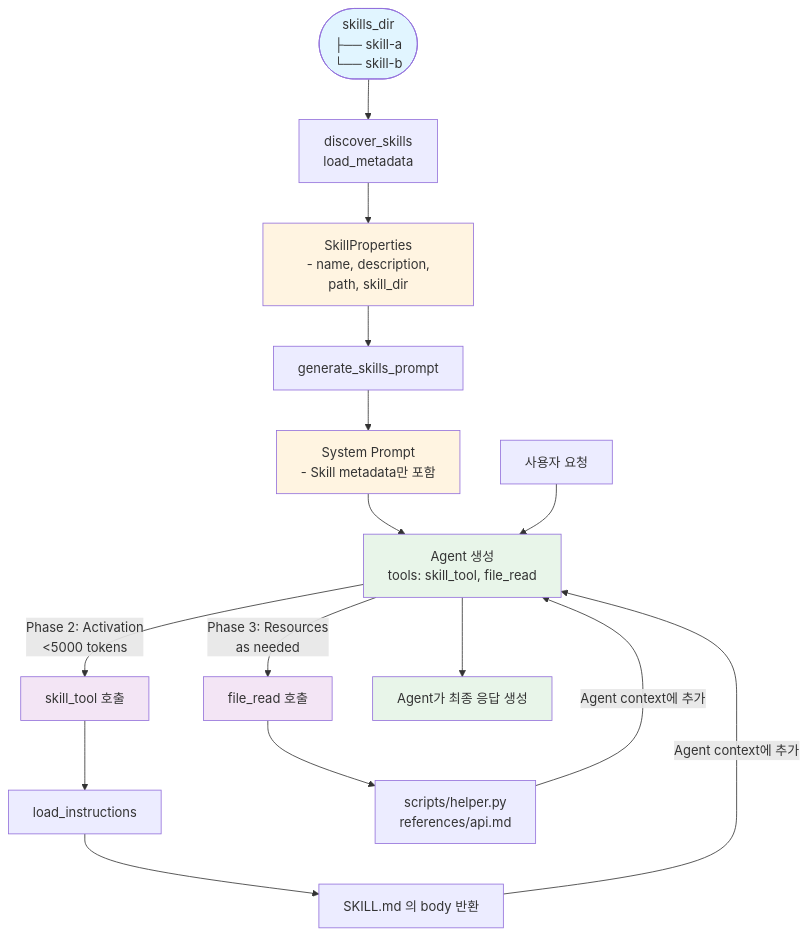
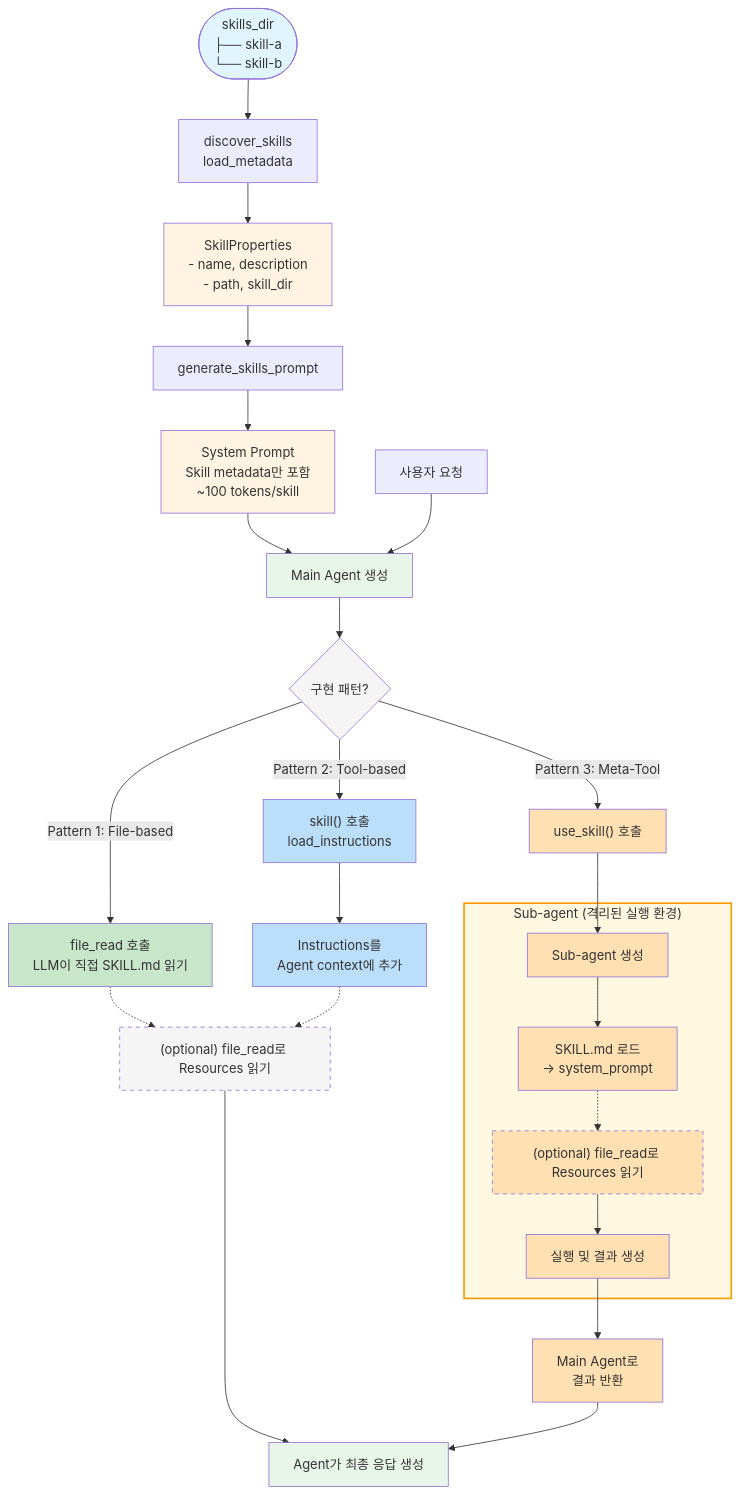
The second of 2 diagrams in README.md (hi-space/strands-agentskills), drawn with Mermaid before and after one commit. The commit also changed other lines of this file and 3 other files, not shown here.

````diff
--- a/README.md
+++ b/README.md
@@ -155,31 +136,56 @@
 ```mermaid
 flowchart TD
     Start([skills_dir<br/>├── skill-a<br/>└── skill-b]) --> Discover[discover_skills<br/>load_metadata]
-    Discover --> Props["SkillProperties<br/> - name, description, path, skill_dir"]
+    Discover --> Props["SkillProperties<br/>- name, description<br/>- path, skill_dir"]
     
     Props --> Prompt[generate_skills_prompt]
-    Prompt --> SysPrompt["System Prompt<br/> - Skill metadata만 포함"]
+    Prompt --> SysPrompt["System Prompt<br/>Skill metadata만 포함<br/>~100 tokens/skill"]
     
-    SysPrompt --> Agent["Agent 생성<br/>tools: skill_tool, file_read"]
-    
+    SysPrompt --> Agent["Main Agent 생성"]
     UserReq["사용자 요청"] --> Agent
     
-    Agent -->|"Phase 2: Activation<br/>&lt;5000 tokens"| SkillTool[skill_tool 호출]
-    SkillTool --> LoadInst[load_instructions]
-    LoadInst --> InstBody["SKILL.md 의 body 반환"]
-    InstBody -->|Agent context에 추가| Agent
+    Agent --> Pattern{구현 패턴?}
     
-    Agent -->|"Phase 3: Resources<br/>as needed"| FileRead[file_read 호출]
-    FileRead --> Resources["scripts/helper.py<br/>references/api.md"]
-    Resources -->|Agent context에 추가| Agent
+    Pattern -->|"Pattern 1: File-based"| FileRead1["file_read 호출<br/>LLM이 직접 SKILL.md 읽기"]
+    FileRead1 -.-> FileReadRes["(optional) file_read로 Resources 읽기"]
     
-    Agent --> Response[Agent가 최종 응답 생성]
+    Pattern -->|"Pattern 2: Tool-based"| SkillTool["skill() 호출<br/>load_instructions"]
+    SkillTool --> InstBody["Instructions를<br/>Agent context에 추가"]
+    InstBody -.-> FileReadRes
+    
+    FileReadRes --> Response
+    
+    Pattern -->|"Pattern 3: Meta-Tool"| UseSkill["use_skill() 호출"]
+    
+    UseSkill --> SubAgentCreate
+    
+    subgraph SubAgentBox["Sub-agent (격리된 실행 환경)"]
+        SubAgentCreate["Sub-agent 생성"]
+        SubAgentCreate --> LoadSkill["SKILL.md 로드<br/>→ system_prompt"]
+        LoadSkill -.-> FileReadRes3["(optional) file_read로 Resources 읽기"]
+        FileReadRes3 --> SubExec["실행 및 결과 생성"]
+    end
+    
+    SubExec --> ReturnMain["Main Agent로<br/>결과 반환"]
+    ReturnMain --> Response
+    
+    Response[Agent가 최종 응답 생성]
     
     style Start fill:#e1f5ff
     style Props fill:#fff4e1
     style SysPrompt fill:#fff4e1
     style Agent fill:#e8f5e9
-    style SkillTool fill:#f3e5f5
-    style FileRead fill:#f3e5f5
+    style Pattern fill:#f5f5f5
+    style FileRead1 fill:#c8e6c9
+    style SkillTool fill:#bbdefb
+    style InstBody fill:#bbdefb
+    style FileReadRes fill:#f5f5f5,stroke-dasharray:5 5
+    style UseSkill fill:#ffe0b2
+    style SubAgentBox fill:#fff8e1,stroke:#ff9800,stroke-width:2px
+    style SubAgentCreate fill:#ffe0b2
+    style LoadSkill fill:#ffe0b2
+    style FileReadRes3 fill:#ffe0b2,stroke-dasharray:5 5
+    style SubExec fill:#ffe0b2
+    style ReturnMain fill:#ffe0b2
     style Response fill:#e8f5e9
 ```
````
